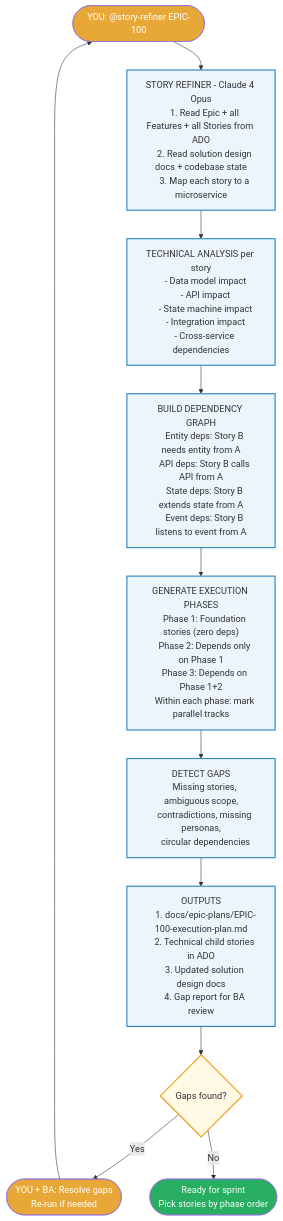
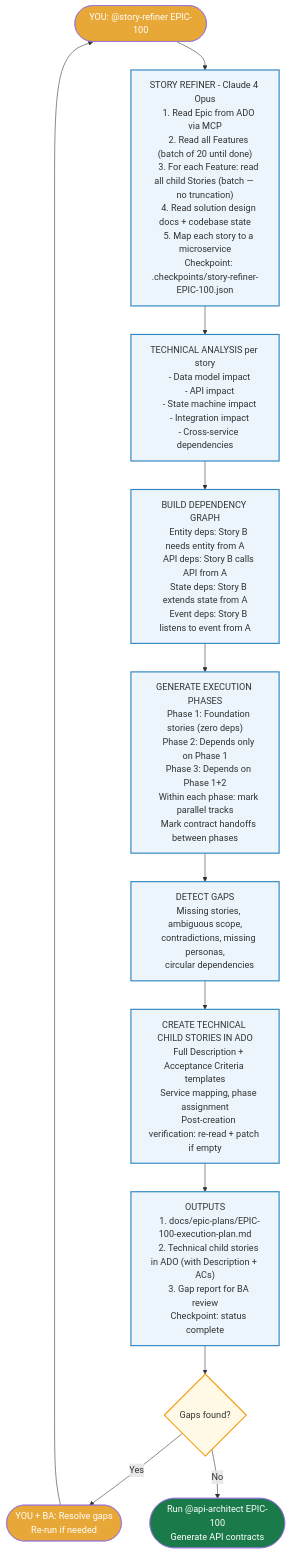
Before and after one commit to faizal13/sdlc-copilot-template: the second of 7 diagrams in docs/agentic-sdlc-flowchart.md, drawn with Mermaid. The commit also changed other lines of this file and 1 other file, not shown here.

````diff
--- a/docs/agentic-sdlc-flowchart.md
+++ b/docs/agentic-sdlc-flowchart.md
@@ -77,55 +83,65 @@
 ```mermaid
 flowchart TD
     A([YOU: @story-refiner EPIC-100]) --> B
 
     B["STORY REFINER - Claude 4 Opus
-    1. Read Epic + all Features + all Stories from ADO
-    2. Read solution design docs + codebase state
-    3. Map each story to a microservice"]
+    1. Read Epic from ADO via MCP
+    2. Read all Features (batch of 20 until done)
+    3. For each Feature: read all child Stories (batch — no truncation)
+    4. Read solution design docs + codebase state
+    5. Map each story to a microservice
+    Checkpoint: .checkpoints/story-refiner-EPIC-100.json"]
 
     B --> C["TECHNICAL ANALYSIS per story
     - Data model impact
     - API impact
     - State machine impact
     - Integration impact
     - Cross-service dependencies"]
 
     C --> D["BUILD DEPENDENCY GRAPH
     Entity deps: Story B needs entity from A
     API deps: Story B calls API from A
     State deps: Story B extends state from A
     Event deps: Story B listens to event from A"]
 
     D --> E["GENERATE EXECUTION PHASES
     Phase 1: Foundation stories (zero deps)
     Phase 2: Depends only on Phase 1
     Phase 3: Depends on Phase 1+2
-    Within each phase: mark parallel tracks"]
+    Within each phase: mark parallel tracks
+    Mark contract handoffs between phases"]
 
     E --> F["DETECT GAPS
     Missing stories, ambiguous scope,
     contradictions, missing personas,
     circular dependencies"]
 
-    F --> G["OUTPUTS
+    F --> G["CREATE TECHNICAL CHILD STORIES IN ADO
+    Full Description + Acceptance Criteria templates
+    Service mapping, phase assignment
+    Post-creation verification: re-read + patch if empty"]
+
+    G --> H["OUTPUTS
     1. docs/epic-plans/EPIC-100-execution-plan.md
-    2. Technical child stories in ADO
-    3. Updated solution design docs
-    4. Gap report for BA review"]
+    2. Technical child stories in ADO (with Description + ACs)
+    3. Gap report for BA review
+    Checkpoint: status complete"]
 
-    G --> H{Gaps found?}
-    H -->|Yes| I([YOU + BA: Resolve gaps<br/>Re-run if needed])
-    I --> A
-    H -->|No| J([Ready for sprint<br/>Pick stories by phase order])
+    H --> I{Gaps found?}
+    I -->|Yes| J([YOU + BA: Resolve gaps<br/>Re-run if needed])
+    J --> A
+    I -->|No| K([Run @api-architect EPIC-100<br/>Generate API contracts])
 
     style A fill:#E8A838,color:#fff
     style B fill:#EBF5FB,stroke:#2E86C1,stroke-width:2px
     style C fill:#EBF5FB,stroke:#2E86C1,stroke-width:2px
     style D fill:#EBF5FB,stroke:#2E86C1,stroke-width:2px
     style E fill:#EBF5FB,stroke:#2E86C1,stroke-width:2px
     style F fill:#EBF5FB,stroke:#2E86C1,stroke-width:2px
     style G fill:#EBF5FB,stroke:#2E86C1,stroke-width:2px
-    style H fill:#FFF9E6,stroke:#F39C12,stroke-width:2px
-    style I fill:#E8A838,color:#fff
-    style J fill:#27AE60,color:#fff
+    style H fill:#EBF5FB,stroke:#2E86C1,stroke-width:2px
+    style I fill:#FFF9E6,stroke:#F39C12,stroke-width:2px
+    style J fill:#E8A838,color:#fff
+    style K fill:#1A7A4A,color:#fff
 ```
````
